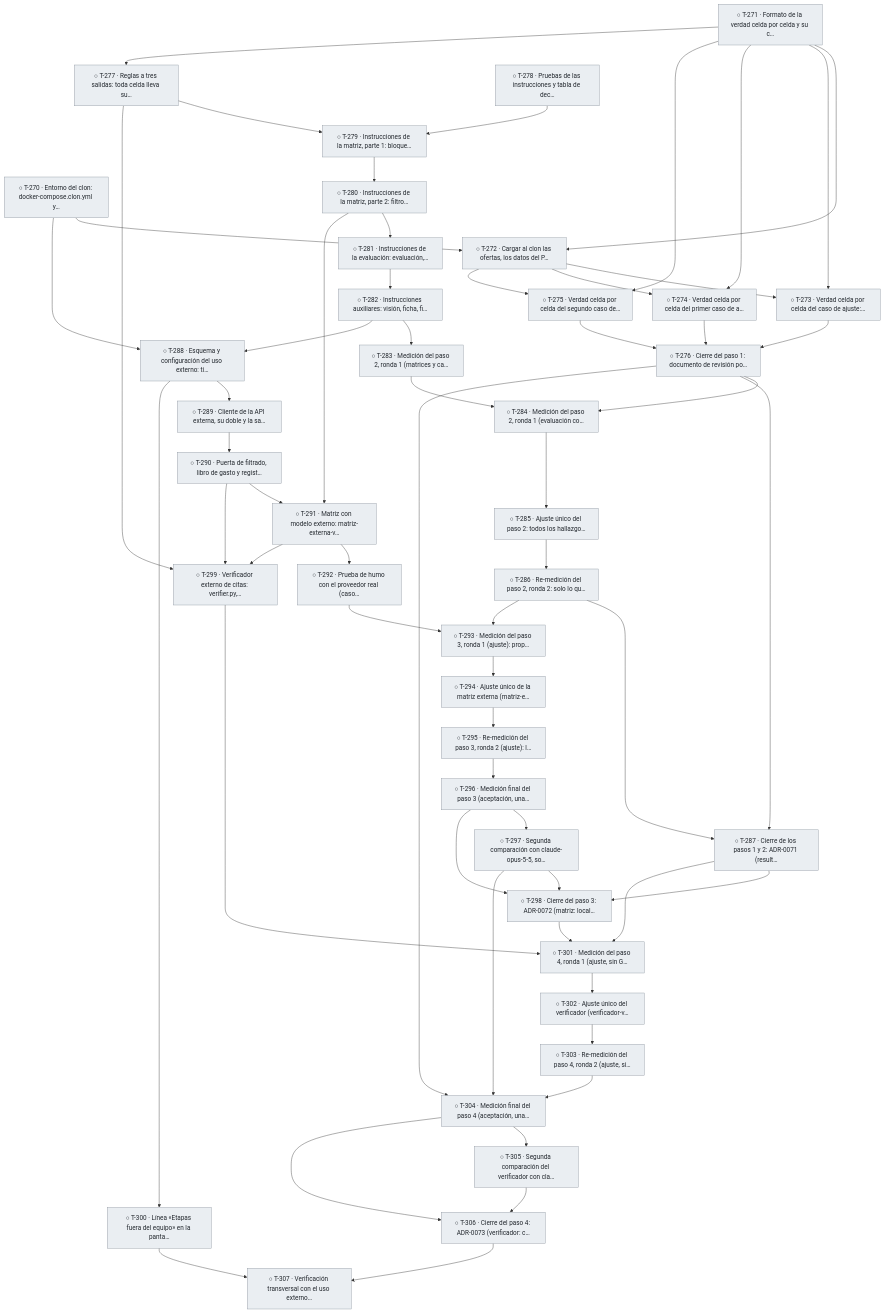
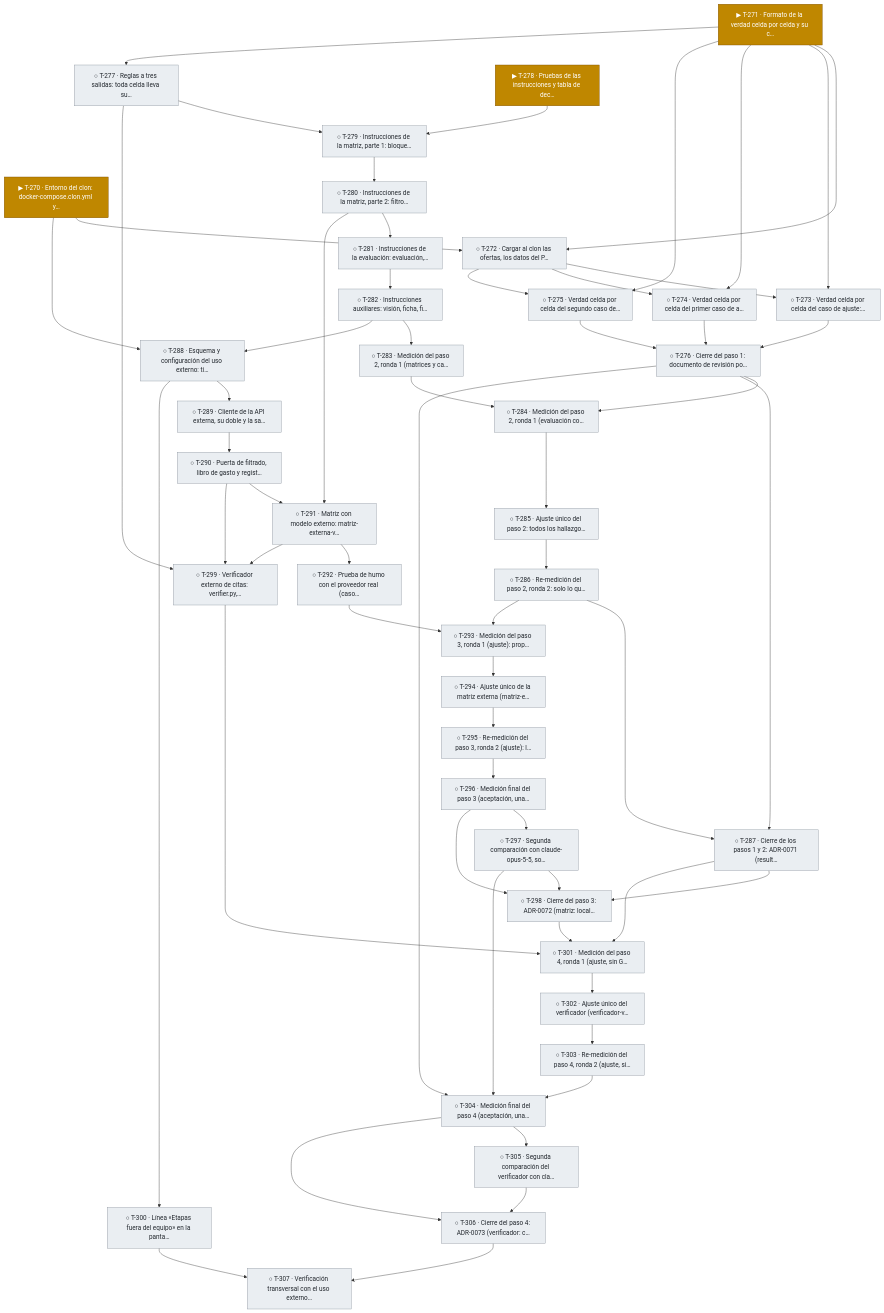
Before and after one commit to snavello/EVALUON: diagram 21 of 21 in docs/tablero.md, drawn with Mermaid. The commit also changed other lines of this file and 1 other file, not shown here.

````diff
--- a/docs/tablero.md
+++ b/docs/tablero.md
@@ -1572,14 +1572,14 @@
 ```mermaid
 flowchart TD
-  T270["○ T-270 · Entorno del clon: docker-compose.clon.yml y…"]:::todo
-  T271["○ T-271 · Formato de la verdad celda por celda y su c…"]:::todo
+  T270["▶ T-270 · Entorno del clon: docker-compose.clon.yml y…"]:::active
+  T271["▶ T-271 · Formato de la verdad celda por celda y su c…"]:::active
   T272["○ T-272 · Cargar al clon las ofertas, los datos del P…"]:::todo
   T273["○ T-273 · Verdad celda por celda del caso de ajuste:…"]:::todo
   T274["○ T-274 · Verdad celda por celda del primer caso de a…"]:::todo
   T275["○ T-275 · Verdad celda por celda del segundo caso de…"]:::todo
   T276["○ T-276 · Cierre del paso 1: documento de revisión po…"]:::todo
   T277["○ T-277 · Reglas a tres salidas: toda celda lleva su…"]:::todo
-  T278["○ T-278 · Pruebas de las instrucciones y tabla de dec…"]:::todo
+  T278["▶ T-278 · Pruebas de las instrucciones y tabla de dec…"]:::active
   T279["○ T-279 · Instrucciones de la matriz, parte 1: bloque…"]:::todo
   T280["○ T-280 · Instrucciones de la matriz, parte 2: filtro…"]:::todo
   T281["○ T-281 · Instrucciones de la evaluación: evaluación,…"]:::todo
````
